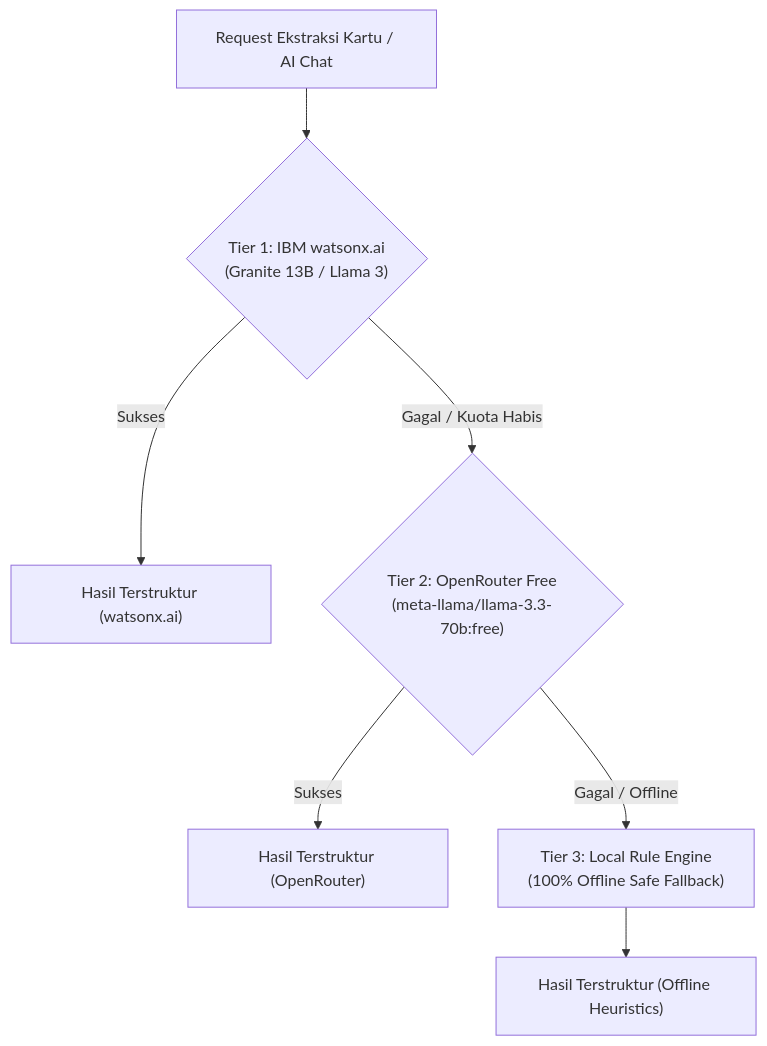
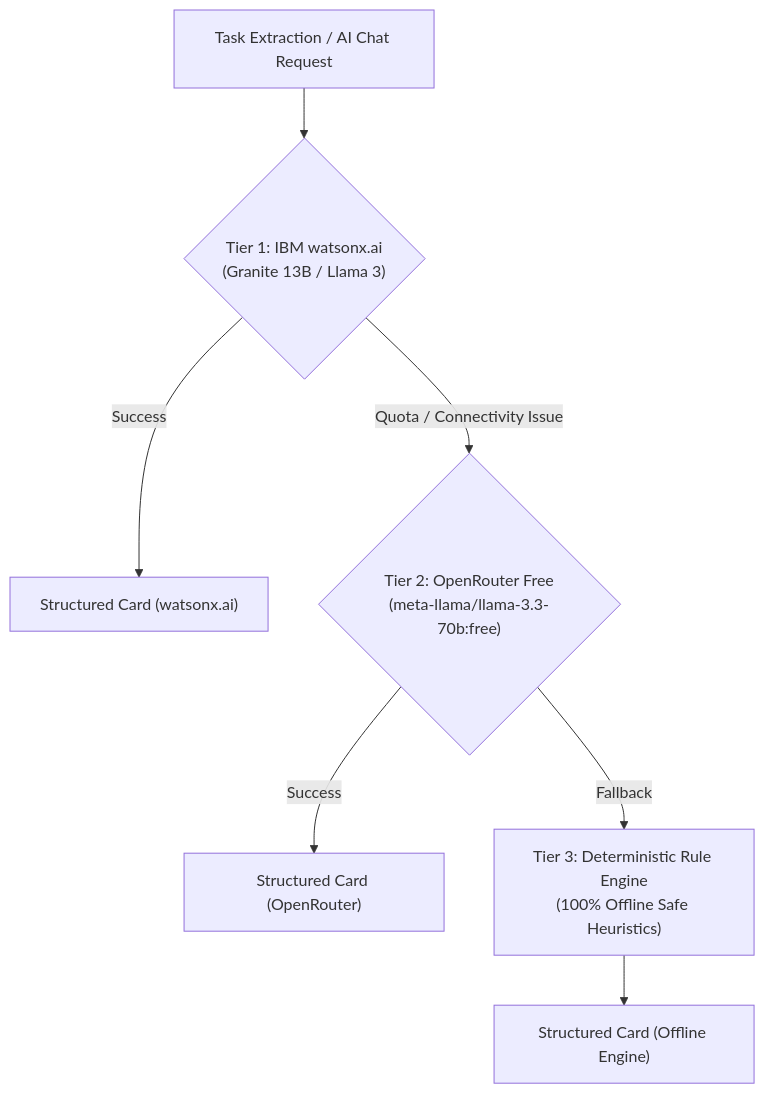
The diagram in README.md (yuucandoit/BobTaskManagement), drawn with Mermaid before and after one commit. The commit also changed other lines of this file and 8 other files, not shown here.

````diff
--- a/README.md
+++ b/README.md
@@ -51,9 +54,9 @@
 ```mermaid
 flowchart TD
-    Req["Request Ekstraksi Kartu / AI Chat"] --> T1{"Tier 1: IBM watsonx.ai<br/>(Granite 13B / Llama 3)"}
-    T1 -- "Sukses" --> Res1["Hasil Terstruktur (watsonx.ai)"]
-    T1 -- "Gagal / Kuota Habis" --> T2{"Tier 2: OpenRouter Free<br/>(meta-llama/llama-3.3-70b:free)"}
-    T2 -- "Sukses" --> Res2["Hasil Terstruktur (OpenRouter)"]
-    T2 -- "Gagal / Offline" --> T3["Tier 3: Local Rule Engine<br/>(100% Offline Safe Fallback)"]
-    T3 --> Res3["Hasil Terstruktur (Offline Heuristics)"]
+    Req["Task Extraction / AI Chat Request"] --> T1{"Tier 1: IBM watsonx.ai<br/>(Granite 13B / Llama 3)"}
+    T1 -- "Success" --> Res1["Structured Card (watsonx.ai)"]
+    T1 -- "Quota / Connectivity Issue" --> T2{"Tier 2: OpenRouter Free<br/>(meta-llama/llama-3.3-70b:free)"}
+    T2 -- "Success" --> Res2["Structured Card (OpenRouter)"]
+    T2 -- "Fallback" --> T3["Tier 3: Deterministic Rule Engine<br/>(100% Offline Safe Heuristics)"]
+    T3 --> Res3["Structured Card (Offline Engine)"]
 ```
````
